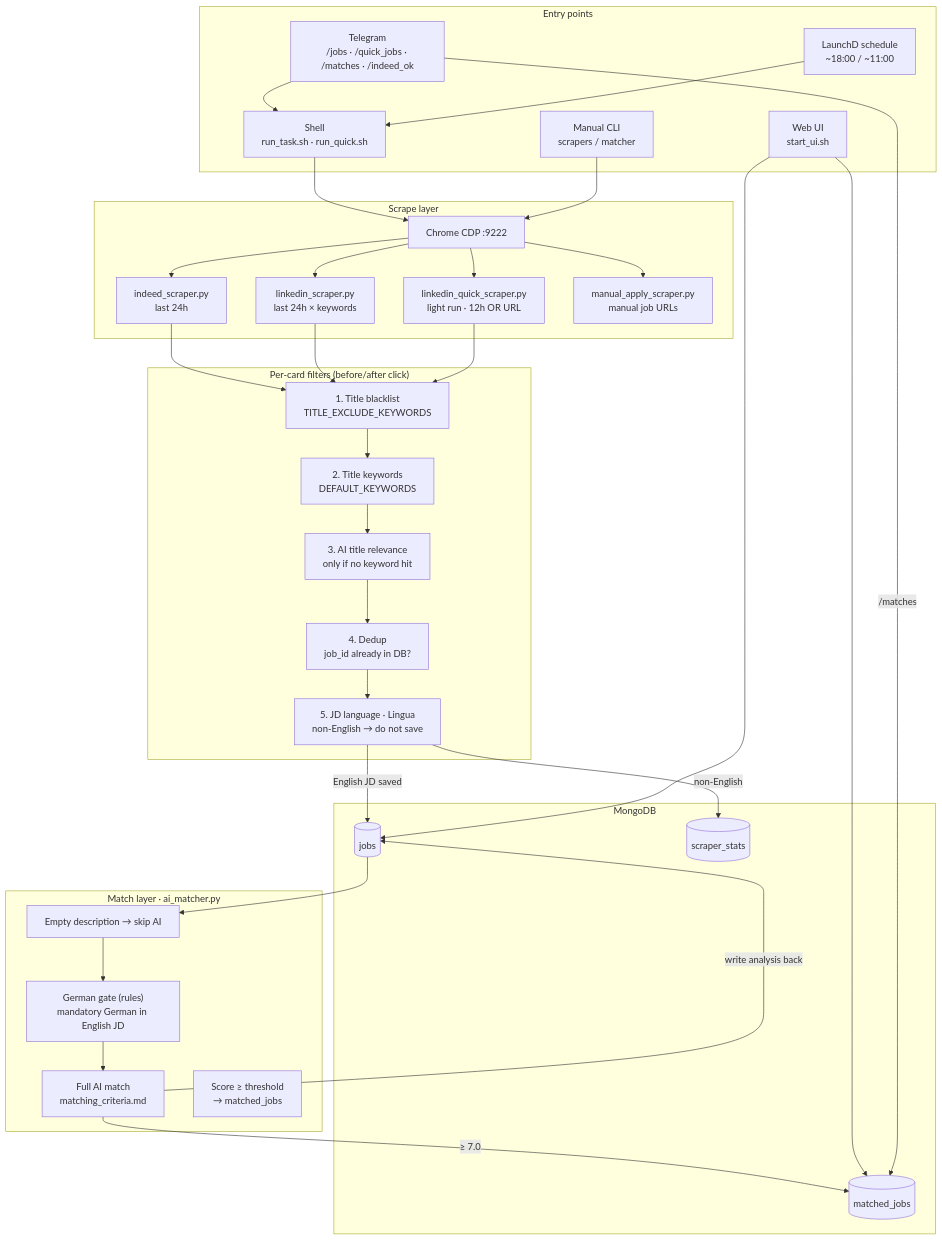
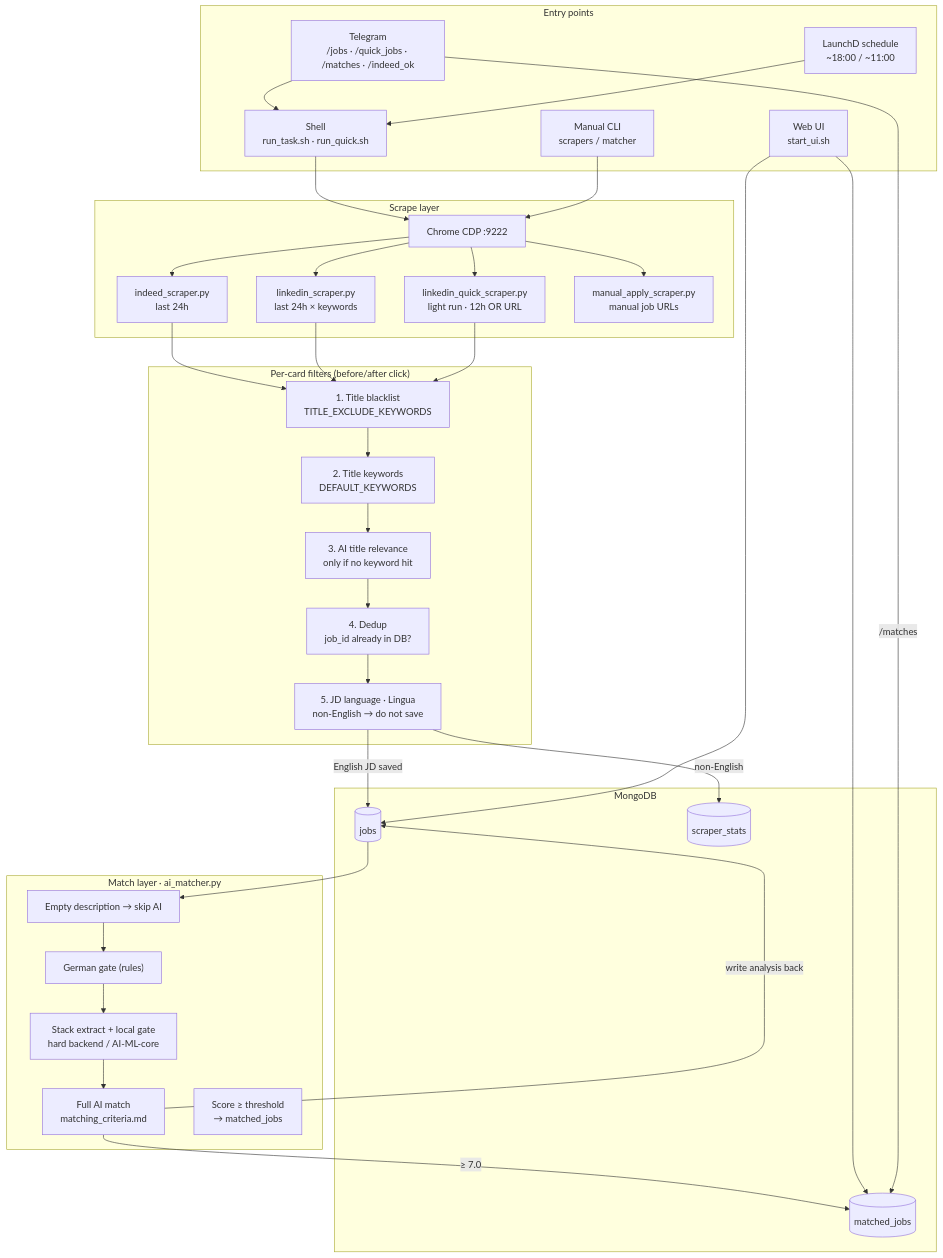
The first of 5 diagrams in docs/architecture.md (JialiNong/job_scraper), drawn with Mermaid before and after one commit. The commit also changed other lines of this file and 11 other files, not shown here.

````diff
--- a/docs/architecture.md
+++ b/docs/architecture.md
@@ -11,56 +11,57 @@
 ```mermaid
 flowchart TB
     subgraph Triggers["Entry points"]
         T1["Telegram<br/>/jobs · /quick_jobs · /matches · /indeed_ok"]
         T2["Shell<br/>run_task.sh · run_quick.sh"]
         T3["LaunchD schedule<br/>~18:00 / ~11:00"]
         T4["Web UI<br/>start_ui.sh"]
         T5["Manual CLI<br/>scrapers / matcher"]
     end
 
     subgraph Scrape["Scrape layer"]
         Chrome["Chrome CDP :9222"]
         Indeed["indeed_scraper.py<br/>last 24h"]
         LI["linkedin_scraper.py<br/>last 24h × keywords"]
         LIQ["linkedin_quick_scraper.py<br/>light run · 12h OR URL"]
         Manual["manual_apply_scraper.py<br/>manual job URLs"]
     end
 
     subgraph Filters["Per-card filters (before/after click)"]
         F1["1. Title blacklist<br/>TITLE_EXCLUDE_KEYWORDS"]
         F2["2. Title keywords<br/>DEFAULT_KEYWORDS"]
         F3["3. AI title relevance<br/>only if no keyword hit"]
         F4["4. Dedup<br/>job_id already in DB?"]
         F5["5. JD language · Lingua<br/>non-English → do not save"]
     end
 
     subgraph Store["MongoDB"]
         Jobs[("jobs")]
         Matched[("matched_jobs")]
         Stats[("scraper_stats")]
     end
 
     subgraph Match["Match layer · ai_matcher.py"]
         M0["Empty description → skip AI"]
-        M1["German gate (rules)<br/>mandatory German in English JD"]
+        M1["German gate (rules)"]
+        M1b["Stack extract + local gate<br/>hard backend / AI-ML-core"]
         M2["Full AI match<br/>matching_criteria.md"]
         M3["Score ≥ threshold<br/>→ matched_jobs"]
     end
 
     T1 --> T2
     T3 --> T2
     T2 --> Chrome
     T5 --> Chrome
     Chrome --> Indeed & LI & LIQ & Manual
 
     Indeed & LI & LIQ --> F1 --> F2 --> F3 --> F4 --> F5
     F5 -->|English JD saved| Jobs
     F5 -->|non-English| Stats
 
-    Jobs --> M0 --> M1 --> M2
+    Jobs --> M0 --> M1 --> M1b --> M2
     M2 -->|≥ 7.0| Matched
     M2 -->|write analysis back| Jobs
 
     T4 --> Matched & Jobs
     T1 -->|/matches| Matched
 ```
````
